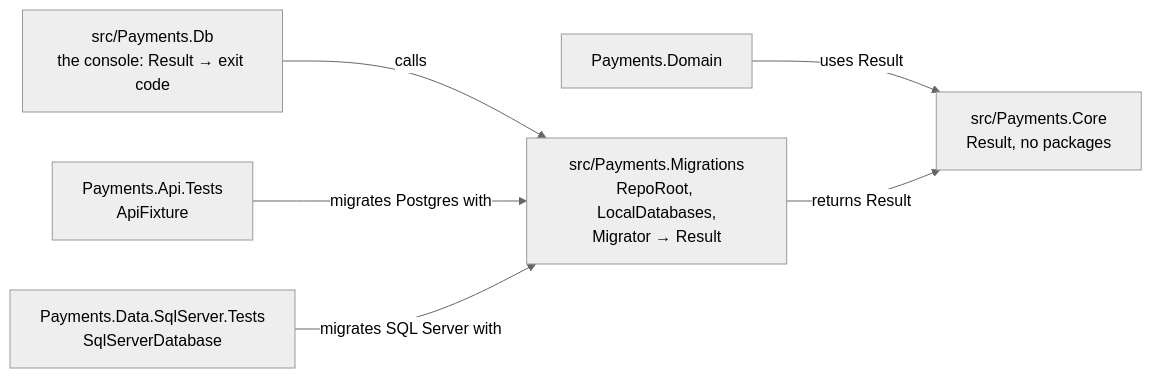
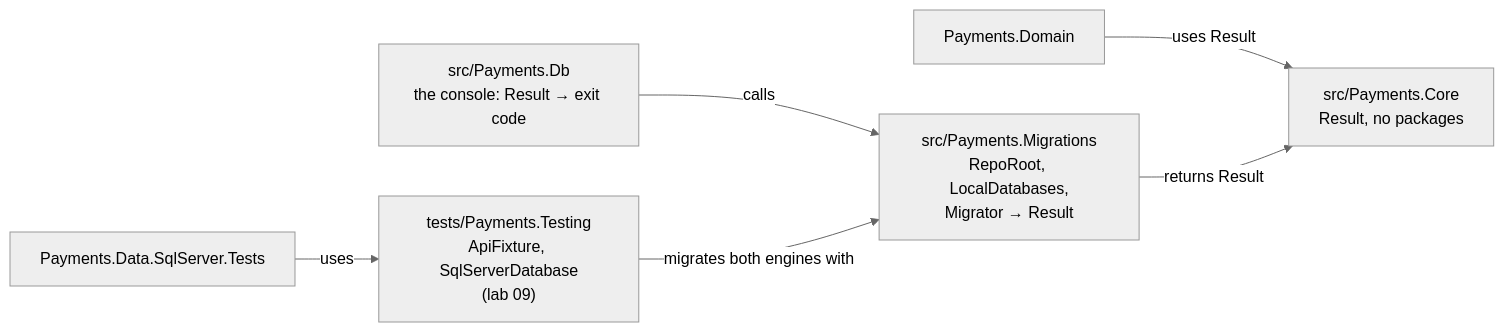
One commit to BaiGanio/agent-ready-payments changed the second of 2 diagrams in labs/04-sqlserver-procs-locking/README.md. Above: the diagram before and after it, drawn with Mermaid (neutral theme). The commit also changed other lines of this file and 14 other files, not shown here.

````diff
--- a/labs/04-sqlserver-procs-locking/README.md
+++ b/labs/04-sqlserver-procs-locking/README.md
@@ -74,10 +74,10 @@
 ```mermaid
 flowchart LR
     CORE["src/Payments.Core<br/>Result, no packages"]
     MIG["src/Payments.Migrations<br/>RepoRoot, LocalDatabases,<br/>Migrator → Result"]
     DOM["Payments.Domain"] -->|"uses Result"| CORE
     MIG -->|"returns Result"| CORE
     DB["src/Payments.Db<br/>the console: Result → exit code"] -->|"calls"| MIG
-    AT["Payments.Api.Tests<br/>ApiFixture"] -->|"migrates Postgres with"| MIG
-    ST["Payments.Data.SqlServer.Tests<br/>SqlServerDatabase"] -->|"migrates SQL Server with"| MIG
+    TS["tests/Payments.Testing<br/>ApiFixture, SqlServerDatabase<br/>(lab 09)"] -->|"migrates both engines with"| MIG
+    ST["Payments.Data.SqlServer.Tests"] -->|"uses"| TS
 ```
````
